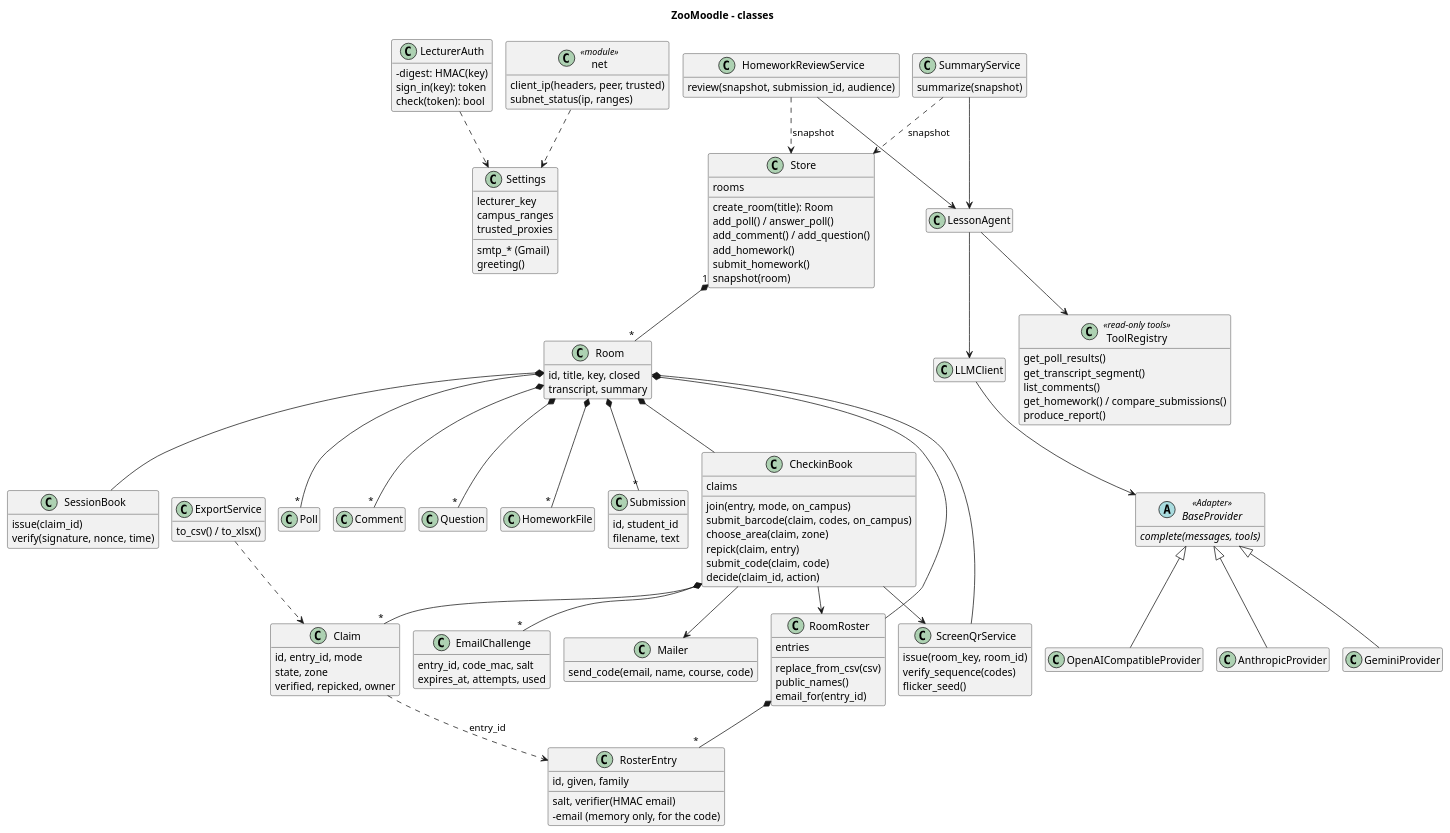
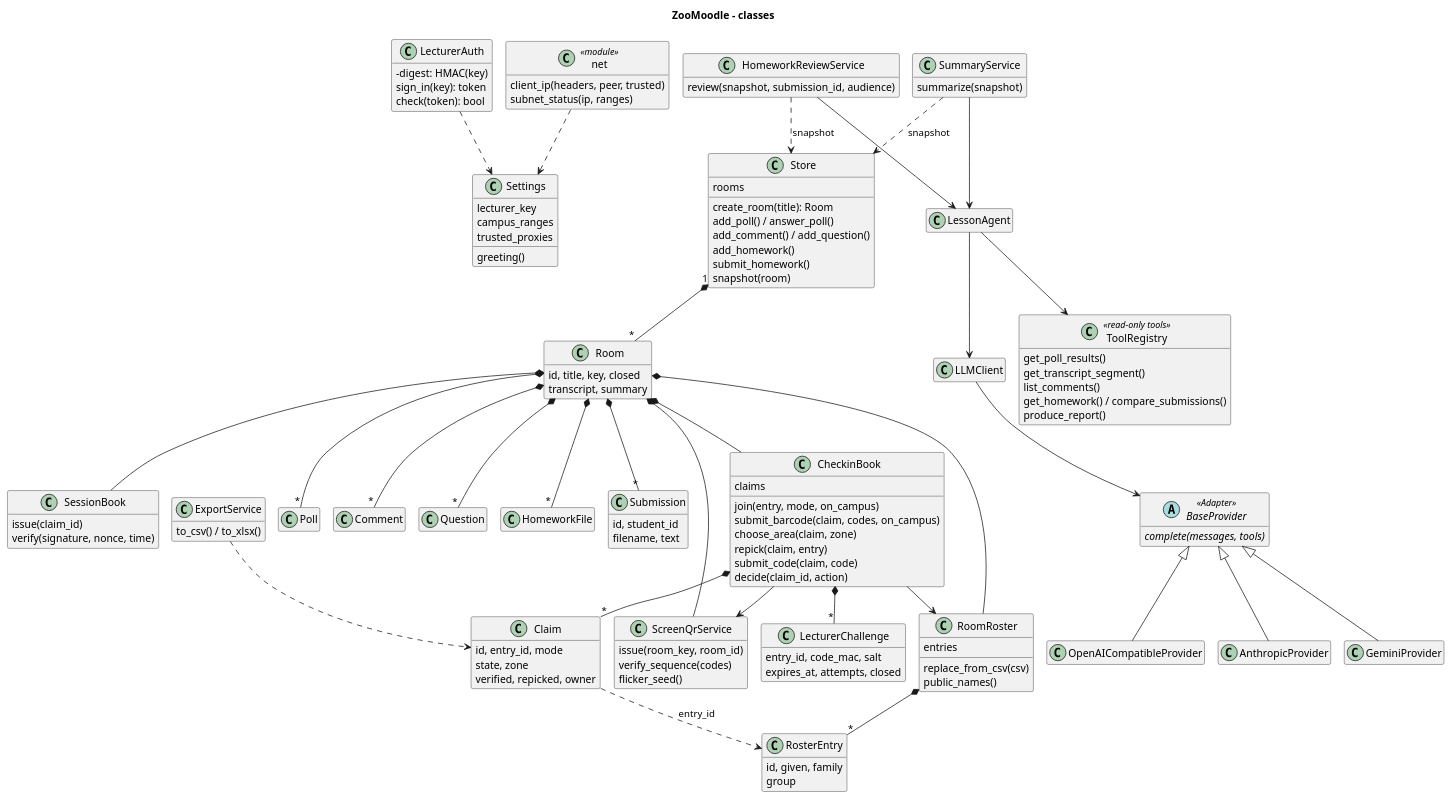
One commit to Haim-Barby/ZooMoodle changed the diagram in docs/diagrams/classes.puml. Above: the diagram before and after it, drawn with PlantUML. The commit also changed 38 other files, not shown here.

First line of the commit message:
Duplicate names: lecturer one-time code instead of e-mail

```diff
--- a/docs/diagrams/classes.puml
+++ b/docs/diagrams/classes.puml
@@ -1,140 +1,133 @@
 @startuml classes
 !pragma layout smetana
 title ZooMoodle – classes
 skinparam classAttributeIconSize 0
 hide empty members
 
 class Settings {
   lecturer_key
   campus_ranges
   trusted_proxies
-  smtp_* (Gmail)
   greeting()
 }
 class LecturerAuth {
   -digest: HMAC(key)
   sign_in(key): token
   check(token): bool
 }
 class Store {
   rooms
   create_room(title): Room
   add_poll() / answer_poll()
   add_comment() / add_question()
   add_homework()
   submit_homework()
   snapshot(room)
 }
 class Room {
   id, title, key, closed
   transcript, summary
 }
 class RoomRoster {
   entries
   replace_from_csv(csv)
   public_names()
-  email_for(entry_id)
 }
 class RosterEntry {
   id, given, family
-  salt, verifier(HMAC email)
-  -email (memory only, for the code)
+  group
 }
 class CheckinBook {
   claims
   join(entry, mode, on_campus)
   submit_barcode(claim, codes, on_campus)
   choose_area(claim, zone)
   repick(claim, entry)
   submit_code(claim, code)
   decide(claim_id, action)
 }
 class Claim {
   id, entry_id, mode
   state, zone
   verified, repicked, owner
 }
-class EmailChallenge {
+class LecturerChallenge {
   entry_id, code_mac, salt
-  expires_at, attempts, used
-}
-class Mailer {
-  send_code(email, name, course, code)
+  expires_at, attempts, closed
 }
 class ScreenQrService {
   issue(room_key, room_id)
   verify_sequence(codes)
   flicker_seed()
 }
 class SessionBook {
   issue(claim_id)
   verify(signature, nonce, time)
 }
 class "net" as Net <<module>> {
   client_ip(headers, peer, trusted)
   subnet_status(ip, ranges)
 }
 class Poll
 class Comment
 class Question
 class HomeworkFile
 class Submission {
   id, student_id
   filename, text
 }
 class HomeworkReviewService {
   review(snapshot, submission_id, audience)
 }
 class ToolRegistry <<read-only tools>> {
   get_poll_results()
   get_transcript_segment()
   list_comments()
   get_homework() / compare_submissions()
   produce_report()
 }
 abstract class BaseProvider <<Adapter>> {
   {abstract} complete(messages, tools)
 }
 class OpenAICompatibleProvider
 class AnthropicProvider
 class GeminiProvider
 class SummaryService {
   summarize(snapshot)
 }
 class LessonAgent
 class LLMClient
 class ExportService {
   to_csv() / to_xlsx()
 }
 
 Store "1" *-- "*" Room
 Room *-- RoomRoster
 Room *-- CheckinBook
 Room *-- ScreenQrService
 Room *-- SessionBook
 Room *-- "*" Poll
 Room *-- "*" Comment
 Room *-- "*" Question
 Room *-- "*" HomeworkFile
 Room *-- "*" Submission
 RoomRoster *-- "*" RosterEntry
 CheckinBook *-- "*" Claim
-CheckinBook *-- "*" EmailChallenge
-CheckinBook --> Mailer
+CheckinBook *-- "*" LecturerChallenge
 CheckinBook --> ScreenQrService
 CheckinBook --> RoomRoster
 Claim ..> RosterEntry : entry_id
 SummaryService --> LessonAgent
 HomeworkReviewService --> LessonAgent
 LessonAgent --> LLMClient
 LessonAgent --> ToolRegistry
 LLMClient --> BaseProvider
 BaseProvider <|-- OpenAICompatibleProvider
 BaseProvider <|-- AnthropicProvider
 BaseProvider <|-- GeminiProvider
 HomeworkReviewService ..> Store : snapshot
 SummaryService ..> Store : snapshot
 ExportService ..> Claim
 LecturerAuth ..> Settings
 Net ..> Settings
 @enduml
```
